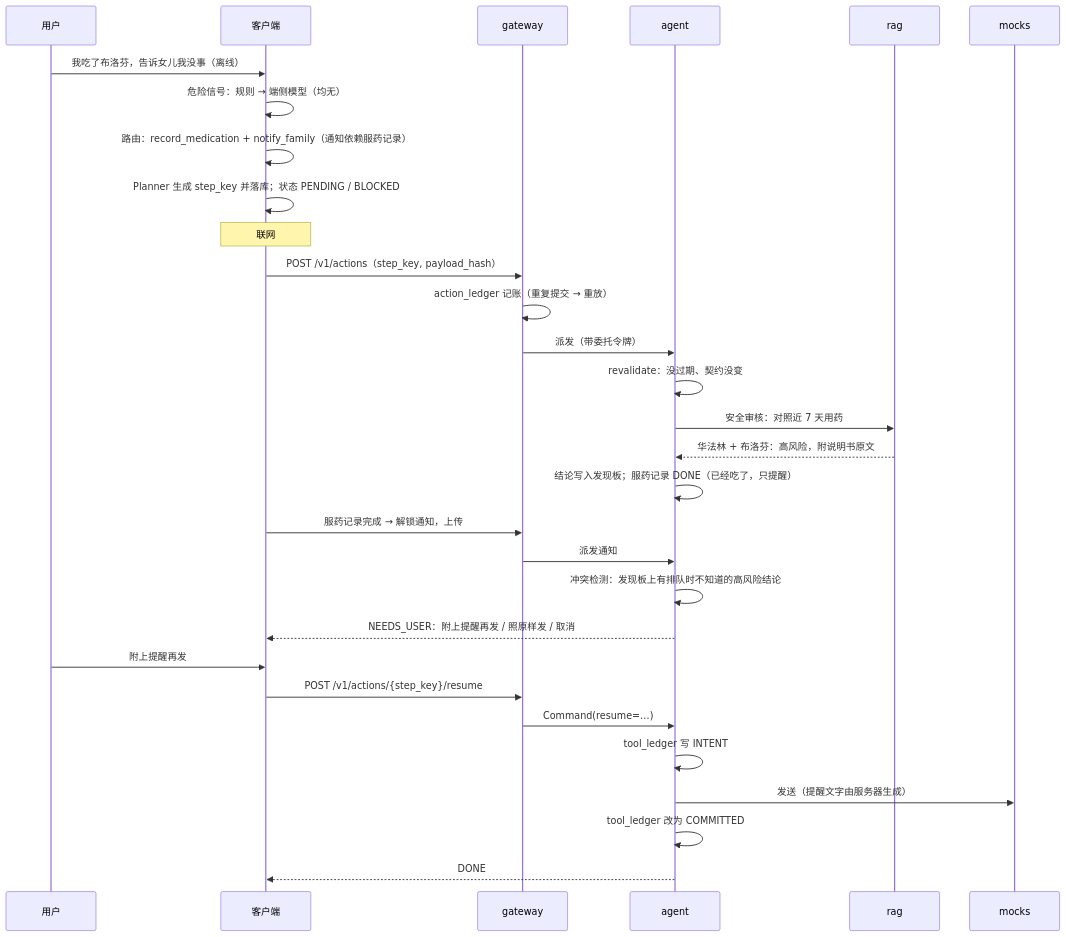
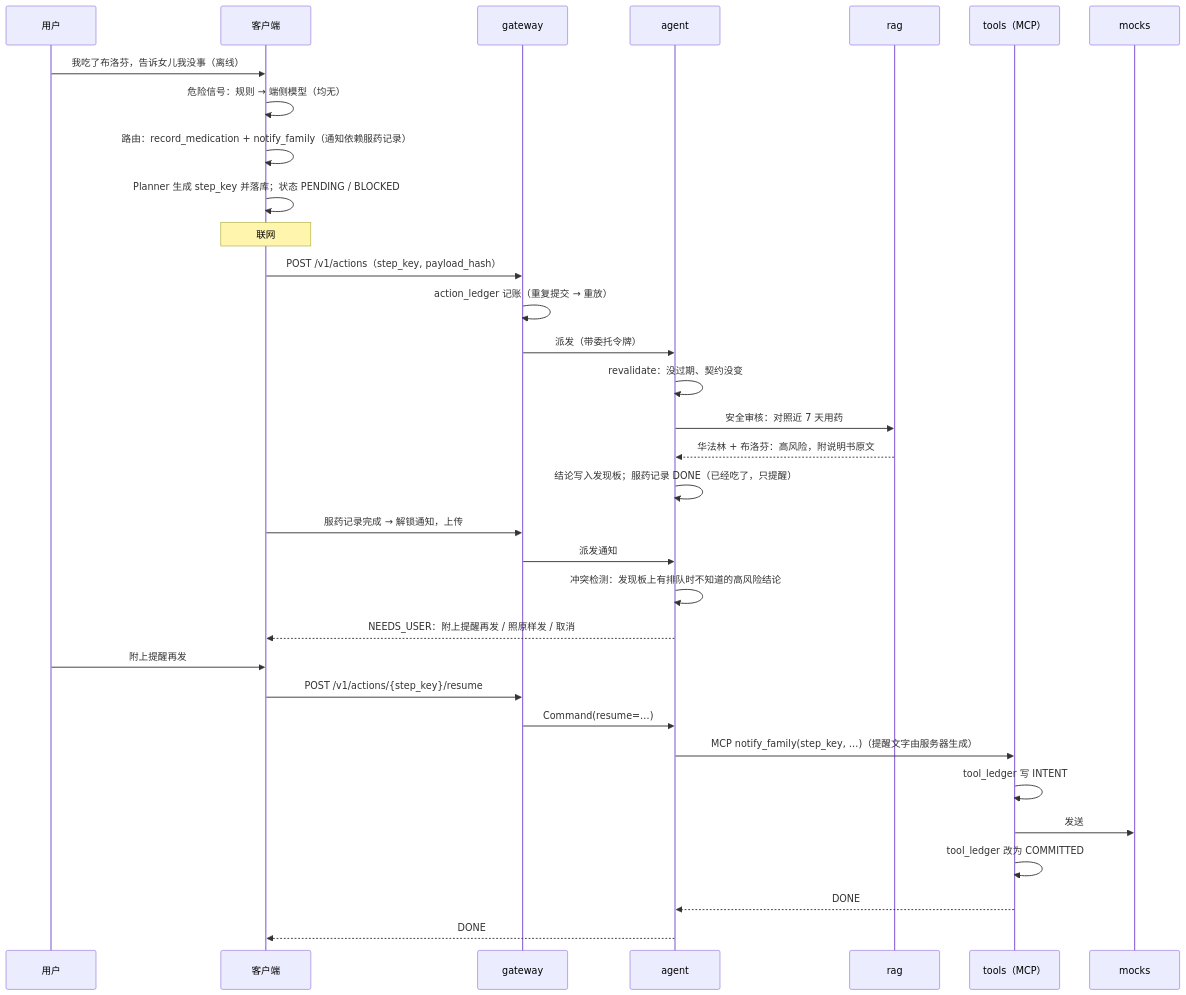
Before and after one commit to HongWangCheang/MedSync: the second of 2 diagrams in docs/architecture.md, drawn with Mermaid. The commit also changed other lines of this file and 22 other files, not shown here.

````diff
--- a/docs/architecture.md
+++ b/docs/architecture.md
@@ -57,32 +65,35 @@
 ```mermaid
 sequenceDiagram
   participant U as 用户
   participant C as 客户端
   participant G as gateway
   participant A as agent
   participant R as rag
+  participant T as tools（MCP）
   participant M as mocks
   U->>C: 我吃了布洛芬，告诉女儿我没事（离线）
   C->>C: 危险信号：规则 → 端侧模型（均无）
   C->>C: 路由：record_medication + notify_family（通知依赖服药记录）
   C->>C: Planner 生成 step_key 并落库；状态 PENDING / BLOCKED
   Note over C: 联网
   C->>G: POST /v1/actions（step_key, payload_hash）
   G->>G: action_ledger 记账（重复提交 → 重放）
   G->>A: 派发（带委托令牌）
   A->>A: revalidate：没过期、契约没变
   A->>R: 安全审核：对照近 7 天用药
   R-->>A: 华法林 + 布洛芬：高风险，附说明书原文
   A->>A: 结论写入发现板；服药记录 DONE（已经吃了，只提醒）
   C->>G: 服药记录完成 → 解锁通知，上传
   G->>A: 派发通知
   A->>A: 冲突检测：发现板上有排队时不知道的高风险结论
   A-->>C: NEEDS_USER：附上提醒再发 / 照原样发 / 取消
   U->>C: 附上提醒再发
   C->>G: POST /v1/actions/{step_key}/resume
   G->>A: Command(resume=…)
-  A->>A: tool_ledger 写 INTENT
-  A->>M: 发送（提醒文字由服务器生成）
-  A->>A: tool_ledger 改为 COMMITTED
+  A->>T: MCP notify_family(step_key, …)（提醒文字由服务器生成）
+  T->>T: tool_ledger 写 INTENT
+  T->>M: 发送
+  T->>T: tool_ledger 改为 COMMITTED
+  T-->>A: DONE
   A-->>C: DONE
 ```
````
